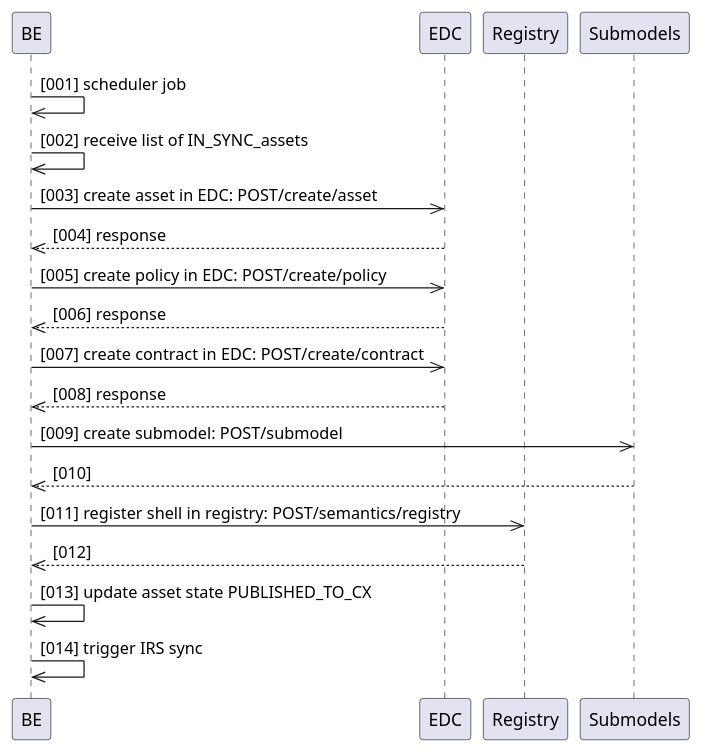
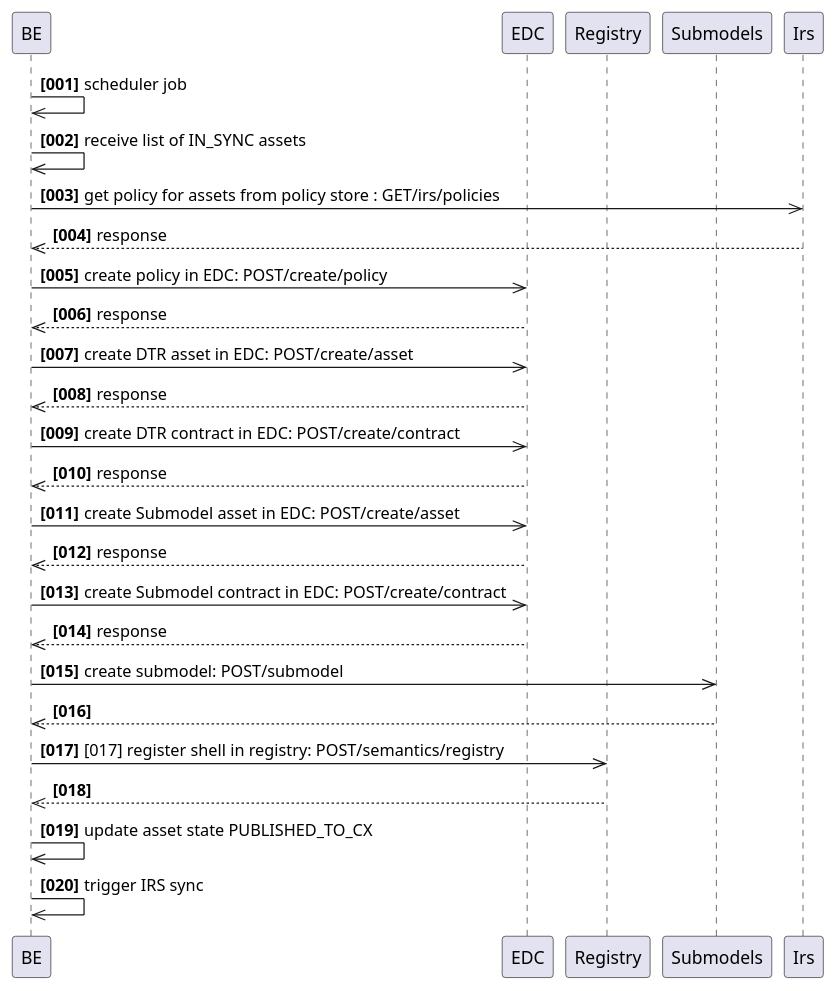
One commit to eclipse-tractusx/traceability-foss changed the diagram in docs/src/uml-diagrams/arc42/runtime-view/data-provisioning/trace-x-data-import-interface-modul3-sequence.puml. Above: the diagram before and after it, drawn with PlantUML. The commit also changed 13 other files, not shown here.

```diff
--- a/docs/src/uml-diagrams/arc42/runtime-view/data-provisioning/trace-x-data-import-interface-modul3-sequence.puml
+++ b/docs/src/uml-diagrams/arc42/runtime-view/data-provisioning/trace-x-data-import-interface-modul3-sequence.puml
@@ -1,21 +1,29 @@
 @startuml
 participant BE
 participant EDC
 participant Registry
 participant Submodels
+participant Irs
+autonumber "<b>[000]"
 
-BE ->> BE: [001] scheduler job
-BE ->> BE: [002] receive list of IN_SYNC_assets
-BE ->> EDC: [003] create asset in EDC: POST/create/asset
-EDC -->> BE: [004] response
-BE ->> EDC: [005] create policy in EDC: POST/create/policy
-EDC -->> BE: [006] response
-BE ->> EDC: [007] create contract in EDC: POST/create/contract
-EDC -->> BE: [008] response
-BE ->> Submodels: [009] create submodel: POST/submodel
-Submodels -->> BE: [010]
-BE ->> Registry: [011] register shell in registry: POST/semantics/registry
-Registry -->> BE: [012]
-BE ->> BE: [013] update asset state PUBLISHED_TO_CX
-BE ->> BE: [014] trigger IRS sync
+BE ->> BE: scheduler job
+BE ->> BE: receive list of IN_SYNC assets
+BE ->> Irs: get policy for assets from policy store : GET/irs/policies
+Irs -->> BE: response
+BE ->> EDC: create policy in EDC: POST/create/policy
+EDC -->> BE: response
+BE ->> EDC: create DTR asset in EDC: POST/create/asset
+EDC -->> BE: response
+BE ->> EDC: create DTR contract in EDC: POST/create/contract
+EDC -->> BE: response
+BE ->> EDC: create Submodel asset in EDC: POST/create/asset
+EDC -->> BE: response
+BE ->> EDC: create Submodel contract in EDC: POST/create/contract
+EDC -->> BE: response
+BE ->> Submodels: create submodel: POST/submodel
+Submodels -->> BE:
+BE ->> Registry: [017] register shell in registry: POST/semantics/registry
+Registry -->> BE:
+BE ->> BE: update asset state PUBLISHED_TO_CX
+BE ->> BE: trigger IRS sync
 @enduml
```
